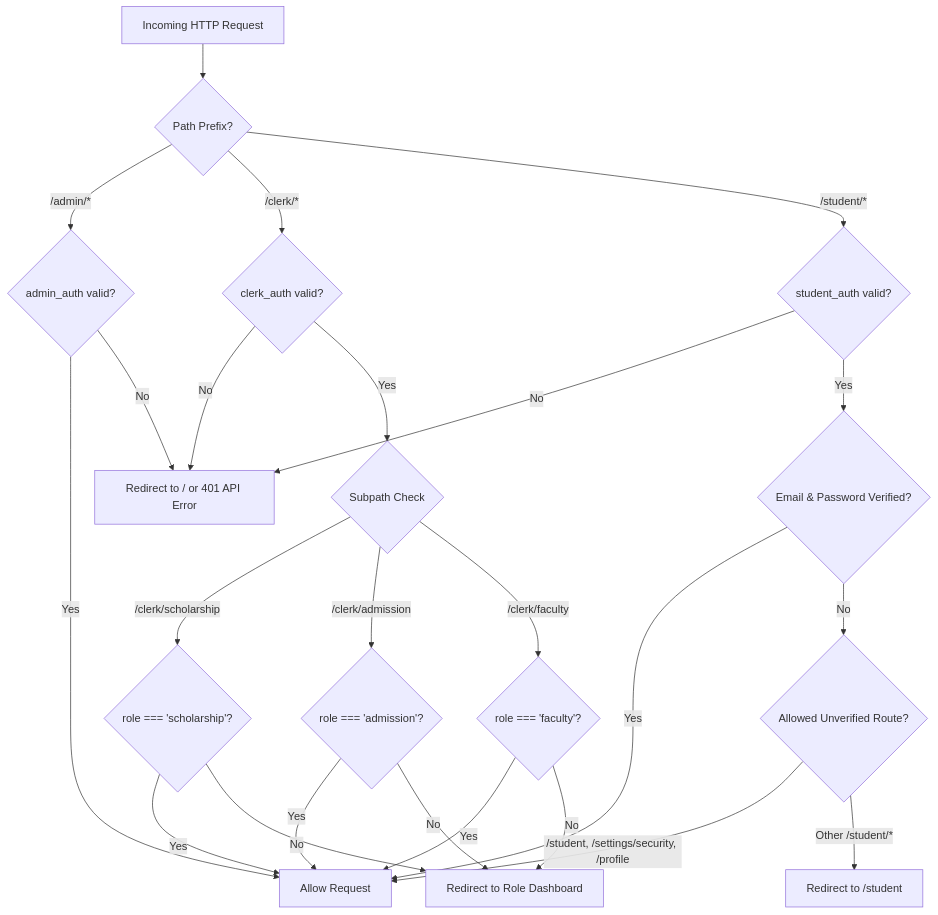
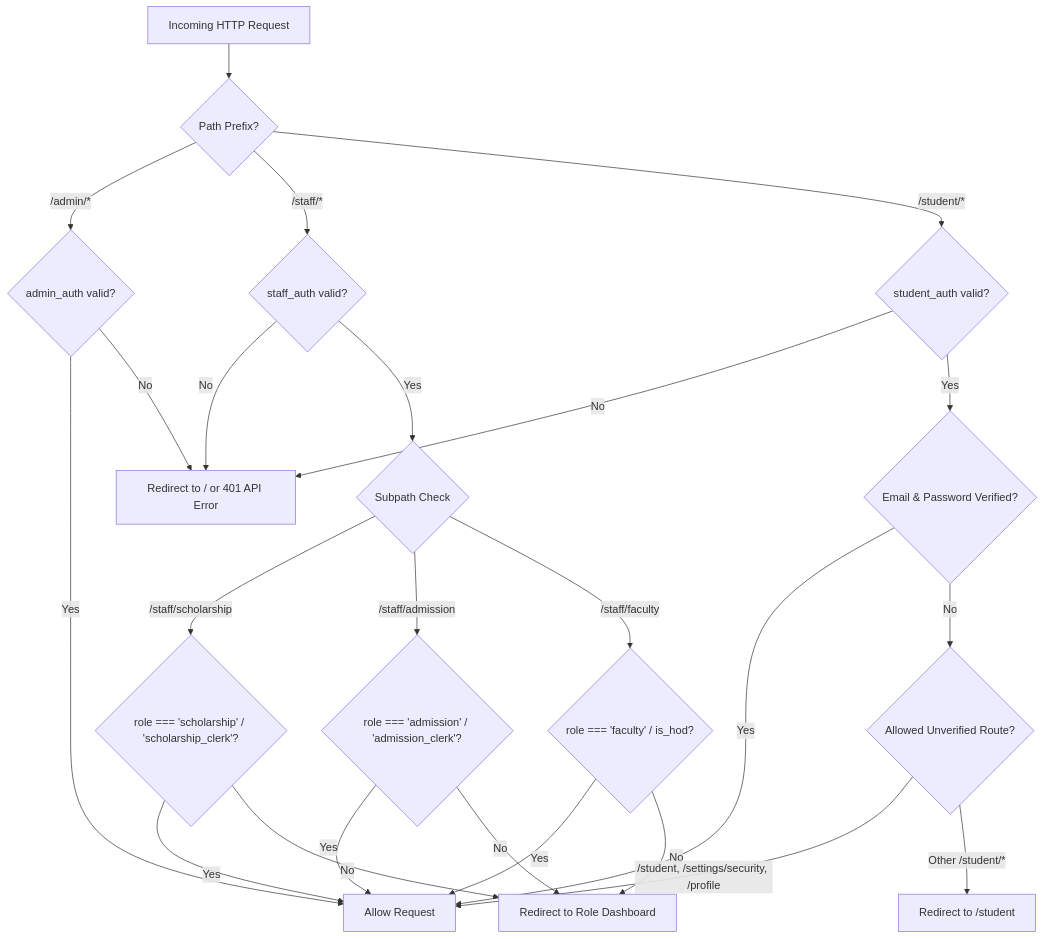
The diagram in DOCUMENTATION/authentication/authorization.md (GouthamA15/KUCET_College_Management_System), drawn with Mermaid before and after one commit. The commit also changed other lines of this file and 21 other files, not shown here.

````diff
--- a/DOCUMENTATION/authentication/authorization.md
+++ b/DOCUMENTATION/authentication/authorization.md
@@ -82,29 +82,29 @@
 ```mermaid
 graph TD
     A[Incoming HTTP Request] --> B{Path Prefix?}
     
     B -->|/admin/*| C{admin_auth valid?}
     C -->|Yes| D[Allow Request]
     C -->|No| E[Redirect to / or 401 API Error]
     
-    B -->|/clerk/*| F{clerk_auth valid?}
+    B -->|/staff/*| F{staff_auth valid?}
     F -->|No| E
     F -->|Yes| G{Subpath Check}
-    G -->|/clerk/scholarship| H{role === 'scholarship'?}
-    G -->|/clerk/admission| I{role === 'admission'?}
-    G -->|/clerk/faculty| J{role === 'faculty'?}
+    G -->|/staff/scholarship| H{role === 'scholarship' / 'scholarship_clerk'?}
+    G -->|/staff/admission| I{role === 'admission' / 'admission_clerk'?}
+    G -->|/staff/faculty| J{role === 'faculty' / is_hod?}
     H -->|Yes| D
     H -->|No| K[Redirect to Role Dashboard]
     I -->|Yes| D
     I -->|No| K
     J -->|Yes| D
     J -->|No| K
     
     B -->|/student/*| L{student_auth valid?}
     L -->|No| E
     L -->|Yes| M{Email & Password Verified?}
     M -->|Yes| D
     M -->|No| N{Allowed Unverified Route?}
     N -->|/student, /settings/security, /profile| D
     N -->|Other /student/*| O[Redirect to /student]
 ```
````
